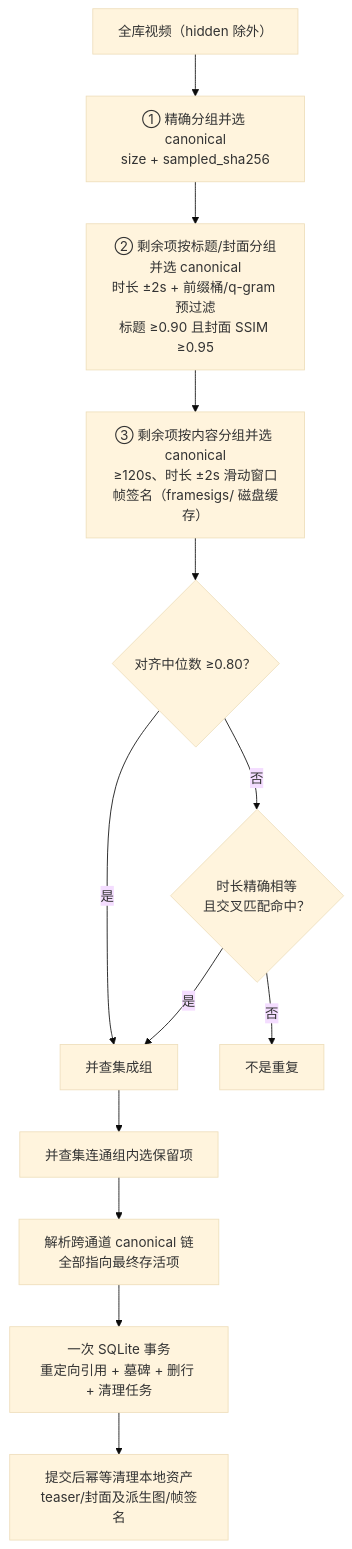
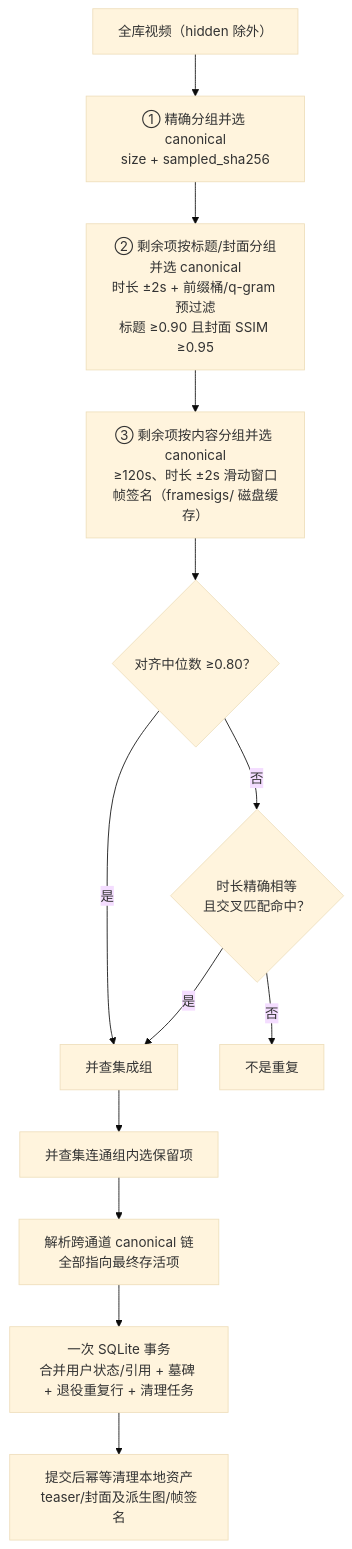
Before and after one commit to BAIBAIGE/91: the third of 3 diagrams in backend/docs/DEDUP.md, drawn with Mermaid (base theme). The commit also changed other lines of this file and 26 other files, not shown here.

````diff
--- a/backend/docs/DEDUP.md
+++ b/backend/docs/DEDUP.md
@@ -67,15 +67,15 @@
 ```mermaid
 flowchart TD
     S["全库视频（hidden 除外）"] --> E1["① 精确分组并选 canonical<br/>size + sampled_sha256"]
     E1 --> E2["② 剩余项按标题/封面分组并选 canonical<br/>时长 ±2s + 前缀桶/q-gram 预过滤<br/>标题 ≥0.90 且封面 SSIM ≥0.95"]
     E2 --> E3["③ 剩余项按内容分组并选 canonical<br/>≥120s、时长 ±2s 滑动窗口<br/>帧签名（framesigs/ 磁盘缓存）"]
     E3 --> R1{"对齐中位数 ≥0.80？"}
     R1 -- 是 --> DUP["并查集成组"]
     R1 -- 否 --> CR{"时长精确相等<br/>且交叉匹配命中？"}
     CR -- 是 --> DUP
     CR -- 否 --> PASS["不是重复"]
     DUP --> CANON["并查集连通组内选保留项"]
     CANON --> FINAL["解析跨通道 canonical 链<br/>全部指向最终存活项"]
-    FINAL --> TX["一次 SQLite 事务<br/>重定向引用 + 墓碑 + 删行 + 清理任务"]
+    FINAL --> TX["一次 SQLite 事务<br/>合并用户状态/引用 + 墓碑 + 退役重复行 + 清理任务"]
     TX --> DEL["提交后幂等清理本地资产<br/>teaser/封面及派生图/帧签名"]
 ```
````
